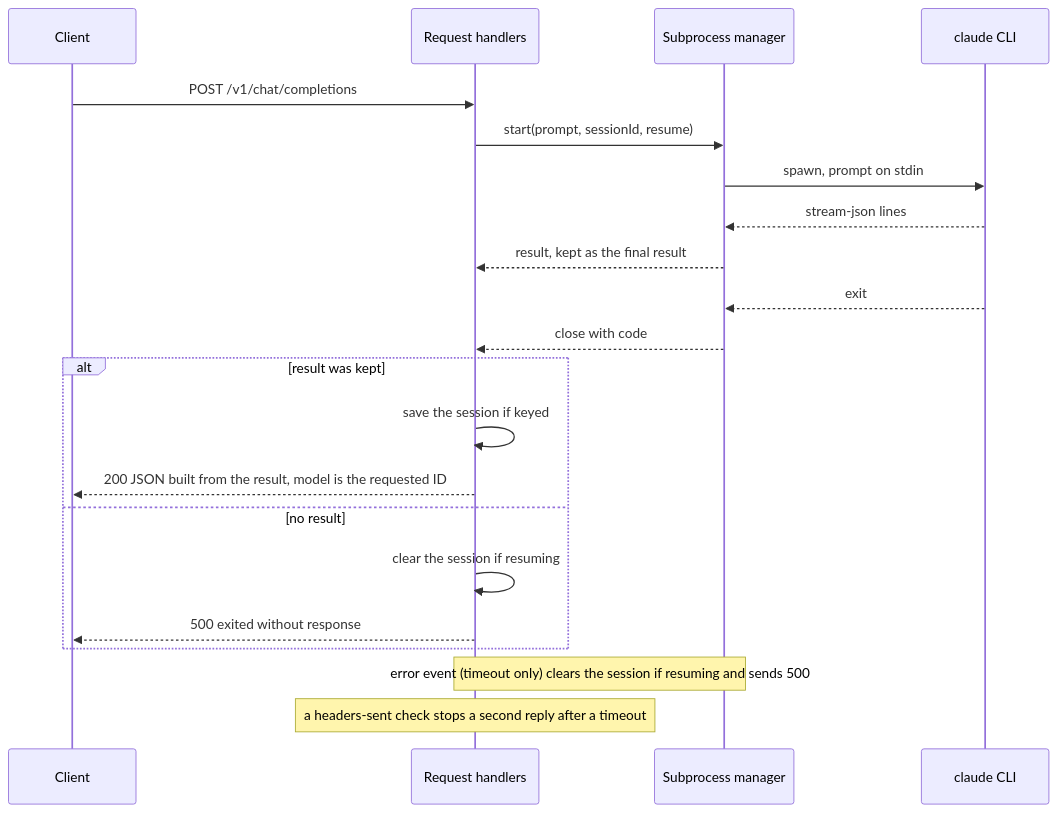
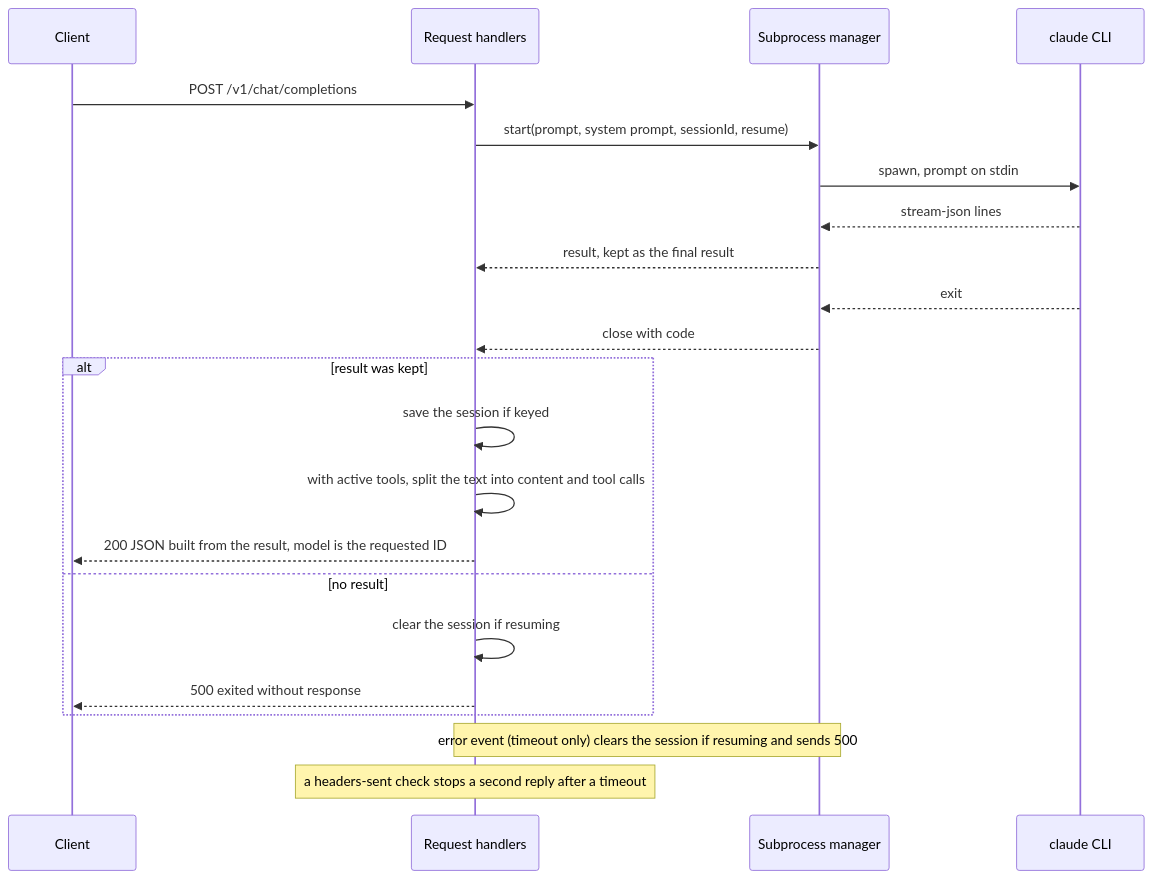
The second of 4 diagrams in docs/WORKFLOW.md (jameshskoh/claude-max-api-proxy), drawn with Mermaid before and after one commit. The commit also changed other lines of this file and 22 other files, not shown here.

First line of the commit message:
fix: run the CLI as a plain LLM and return client tool calls

````diff
--- a/docs/WORKFLOW.md
+++ b/docs/WORKFLOW.md
@@ -108,23 +108,24 @@
 ```mermaid
 sequenceDiagram
   participant C as Client
   participant R as Request handlers
   participant S as Subprocess manager
   participant CLI as claude CLI
   C->>R: POST /v1/chat/completions
-  R->>S: start(prompt, sessionId, resume)
+  R->>S: start(prompt, system prompt, sessionId, resume)
   S->>CLI: spawn, prompt on stdin
   CLI-->>S: stream-json lines
   S-->>R: result, kept as the final result
   CLI-->>S: exit
   S-->>R: close with code
   alt result was kept
     R->>R: save the session if keyed
+    R->>R: with active tools, split the text into content and tool calls
     R-->>C: 200 JSON built from the result, model is the requested ID
   else no result
     R->>R: clear the session if resuming
     R-->>C: 500 exited without response
   end
   Note over S,R: error event (timeout only) clears the session if resuming and sends 500
   Note over R: a headers-sent check stops a second reply after a timeout
 ```
````
